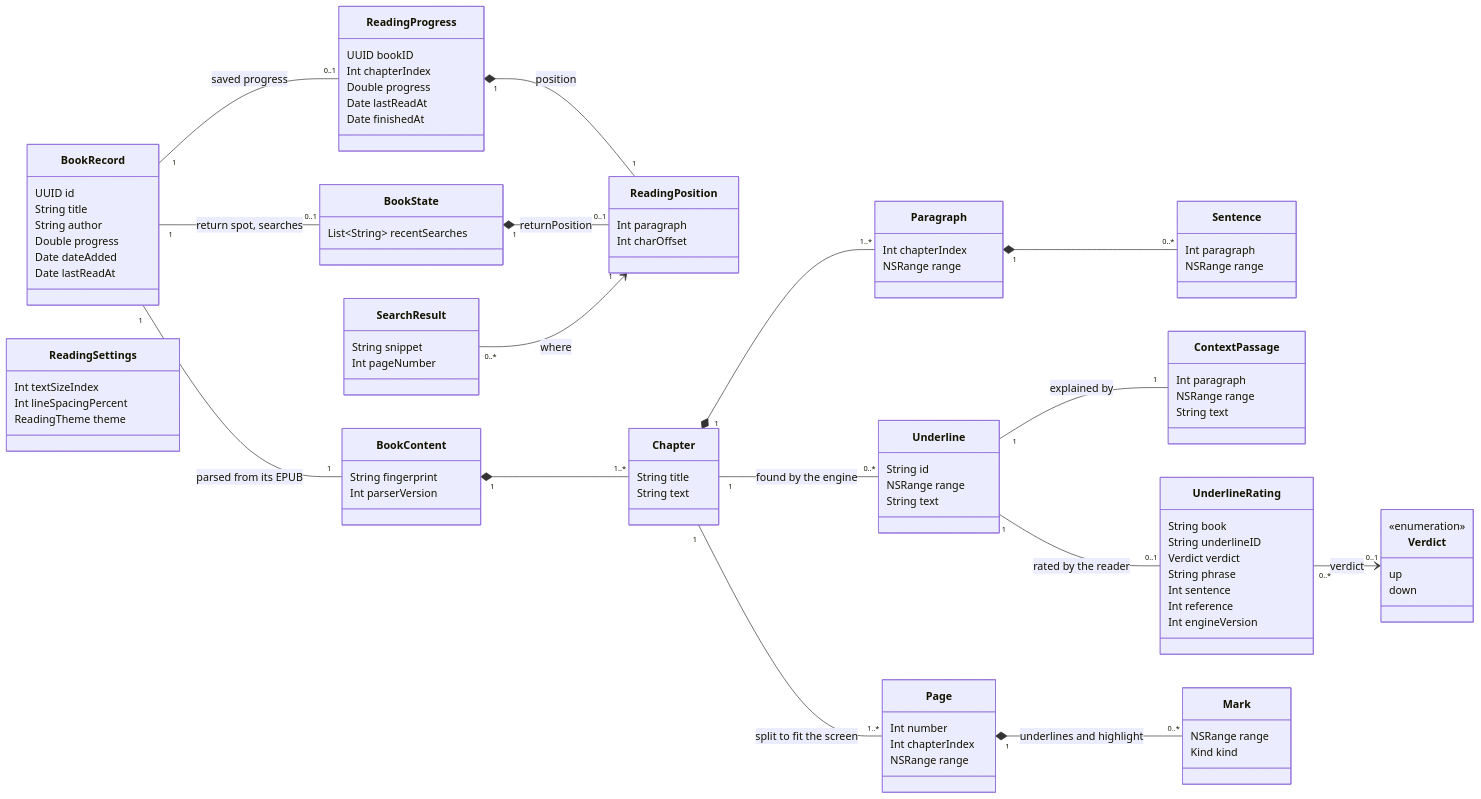
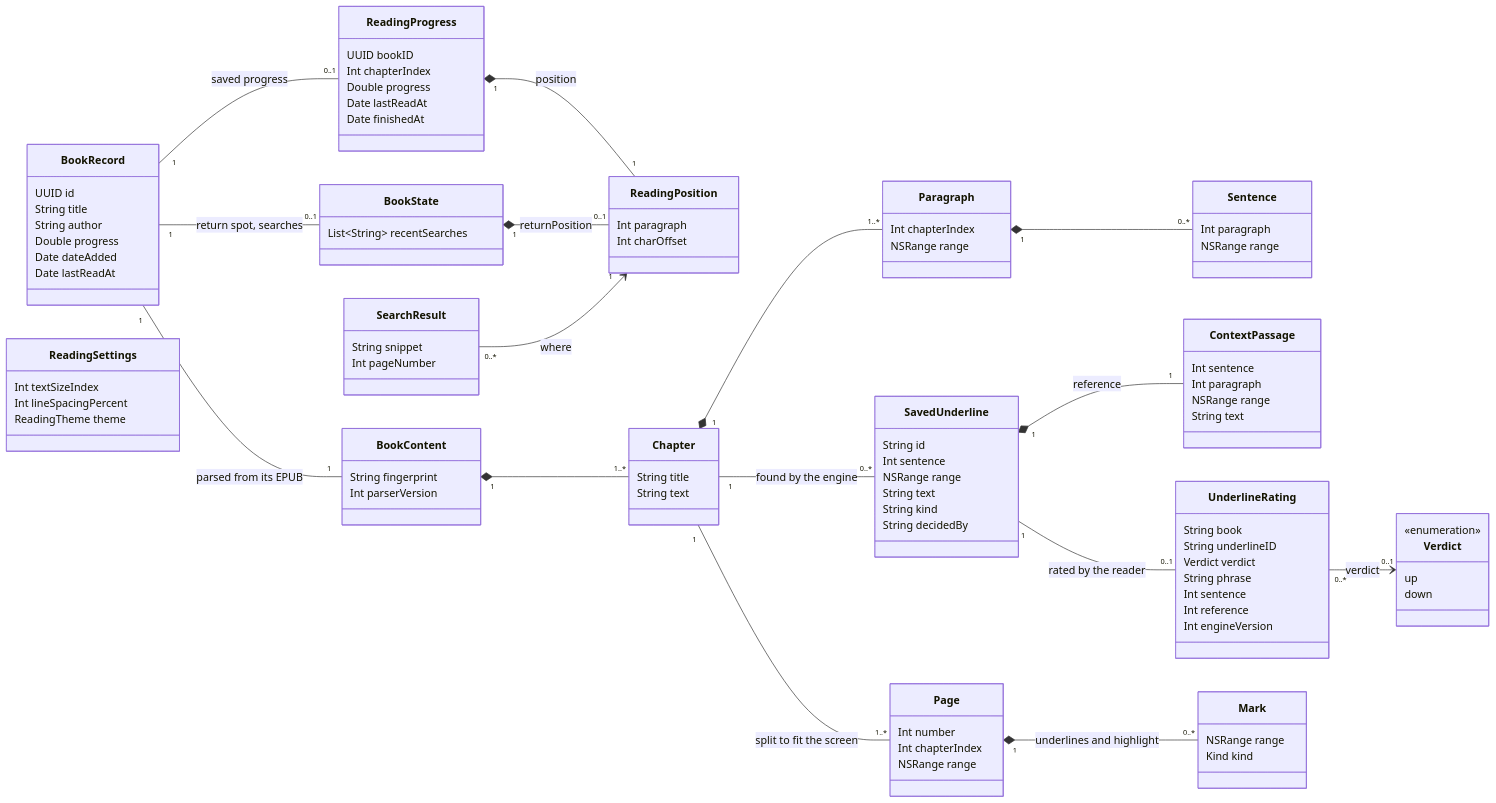
One commit to AftrHours/iRead changed the diagram in docs/diagrams/03-data-model.mmd. Above: the diagram before and after it, drawn with Mermaid. The commit also changed 27 other files, not shown here.

Commit message:
refactor: [SN] split ratings into RatingCtrl/RatingVM and save SavedUnderline instead of engine types

```diff
--- a/docs/diagrams/03-data-model.mmd
+++ b/docs/diagrams/03-data-model.mmd
@@ -1,103 +1,107 @@
 classDiagram
   direction LR
 
   class BookRecord {
     UUID id
     String title
     String author
     Double progress
     Date dateAdded
     Date lastReadAt
   }
   class ReadingProgress {
     UUID bookID
     Int chapterIndex
     Double progress
     Date lastReadAt
     Date finishedAt
   }
   class ReadingPosition {
     Int paragraph
     Int charOffset
   }
   class BookState {
     List~String~ recentSearches
   }
   class ReadingSettings {
     Int textSizeIndex
     Int lineSpacingPercent
     ReadingTheme theme
   }
 
   class BookContent {
     String fingerprint
     Int parserVersion
   }
   class Chapter {
     String title
     String text
   }
   class Paragraph {
     Int chapterIndex
     NSRange range
   }
   class Sentence {
     Int paragraph
     NSRange range
   }
   class Page {
     Int number
     Int chapterIndex
     NSRange range
   }
 
-  class Underline {
+  class SavedUnderline {
     String id
+    Int sentence
     NSRange range
     String text
+    String kind
+    String decidedBy
   }
   class ContextPassage {
+    Int sentence
     Int paragraph
     NSRange range
     String text
   }
   class UnderlineRating {
     String book
     String underlineID
     Verdict verdict
     String phrase
     Int sentence
     Int reference
     Int engineVersion
   }
   class Verdict {
     <<enumeration>>
     up
     down
   }
   class Mark {
     NSRange range
     Kind kind
   }
   class SearchResult {
     String snippet
     Int pageNumber
   }
 
   BookRecord "1" -- "0..1" ReadingProgress : saved progress
   BookRecord "1" -- "0..1" BookState : return spot, searches
   BookRecord "1" -- "1" BookContent : parsed from its EPUB
   ReadingProgress "1" *-- "1" ReadingPosition : position
   BookState "1" *-- "0..1" ReadingPosition : returnPosition
 
   BookContent "1" *-- "1..*" Chapter
   Chapter "1" *-- "1..*" Paragraph
   Paragraph "1" *-- "0..*" Sentence
   Chapter "1" -- "1..*" Page : split to fit the screen
 
-  Chapter "1" -- "0..*" Underline : found by the engine
-  Underline "1" -- "1" ContextPassage : explained by
-  Underline "1" -- "0..1" UnderlineRating : rated by the reader
+  Chapter "1" -- "0..*" SavedUnderline : found by the engine
+  SavedUnderline "1" *-- "1" ContextPassage : reference
+  SavedUnderline "1" -- "0..1" UnderlineRating : rated by the reader
   UnderlineRating "0..*" --> "0..1" Verdict : verdict
   Page "1" *-- "0..*" Mark : underlines and highlight
   SearchResult "0..*" --> "1" ReadingPosition : where
```
